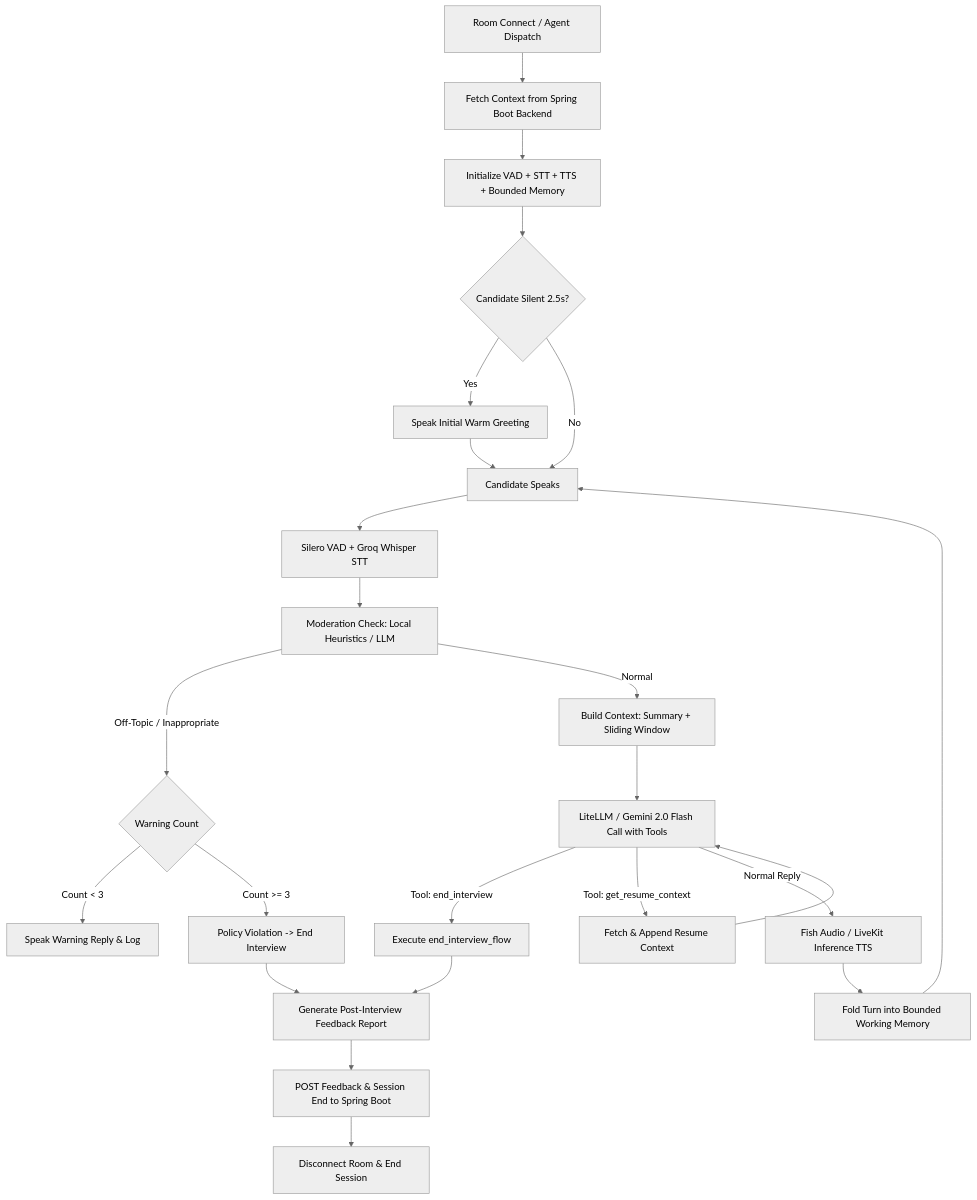
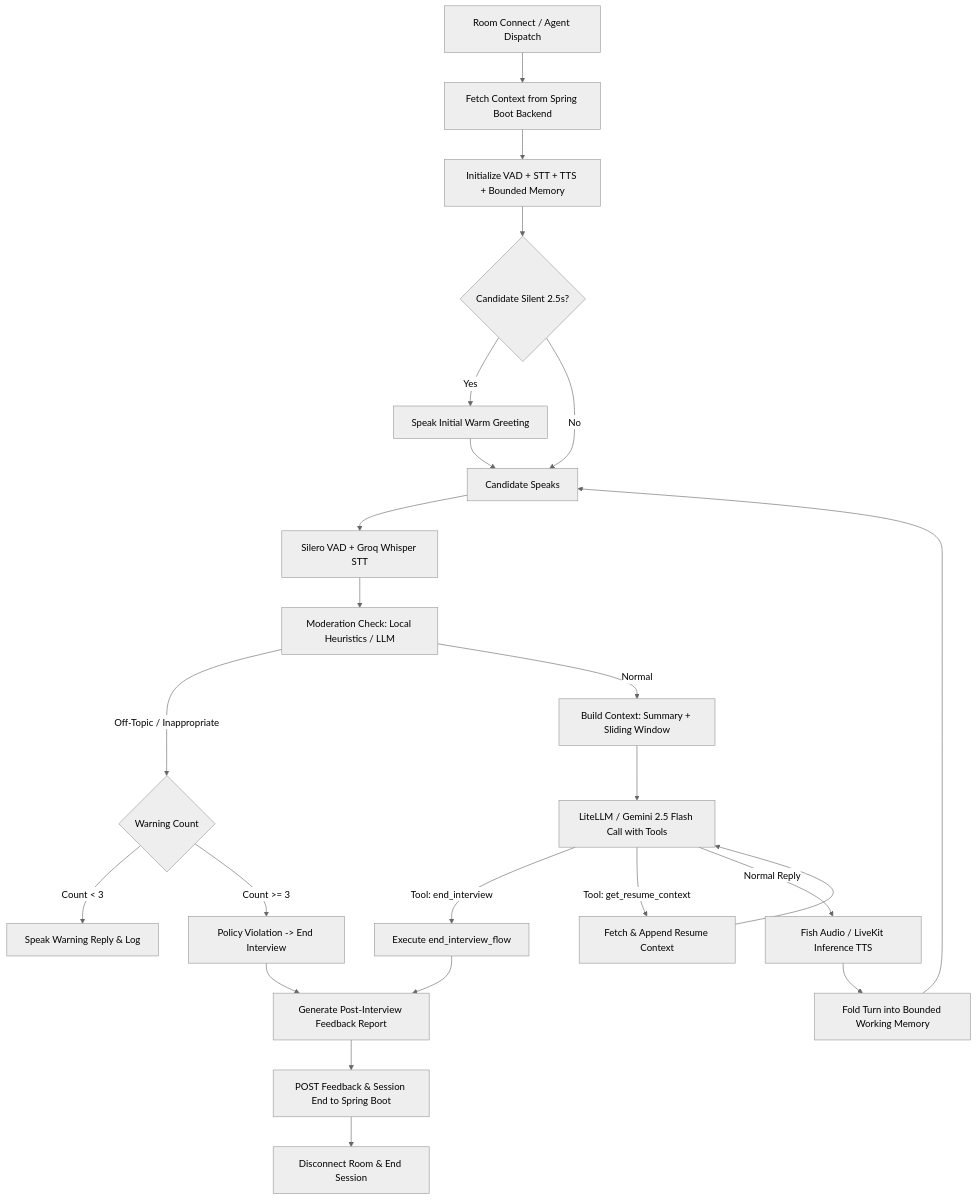
One commit to TechTAnish-07/InterviewAgent changed the first of 2 diagrams in README.md. Above: the diagram before and after it, drawn with Mermaid (neutral theme). The commit also changed other lines of this file and 9 other files, not shown here.

````diff
--- a/README.md
+++ b/README.md
@@ -21,31 +21,31 @@
 ```mermaid
 flowchart TD
     A[Room Connect / Agent Dispatch] --> B[Fetch Context from Spring Boot Backend]
     B --> C[Initialize VAD + STT + TTS + Bounded Memory]
     C --> D{Candidate Silent 2.5s?}
     D -- Yes --> E[Speak Initial Warm Greeting]
     D -- No --> F[Candidate Speaks]
     E --> F
     
     F --> G[Silero VAD + Groq Whisper STT]
     G --> H[Moderation Check: Local Heuristics / LLM]
     
     H -- Off-Topic / Inappropriate --> I{Warning Count}
     I -- Count < 3 --> J[Speak Warning Reply & Log]
     I -- Count >= 3 --> K[Policy Violation -> End Interview]
     
     H -- Normal --> L[Build Context: Summary + Sliding Window]
-    L --> M[LiteLLM / Gemini 2.0 Flash Call with Tools]
+    L --> M[LiteLLM / Gemini 2.5 Flash Call with Tools]
     
     M -- Tool: end_interview --> N[Execute end_interview_flow]
     M -- Tool: get_resume_context --> O[Fetch & Append Resume Context] --> M
     M -- Normal Reply --> P[Fish Audio / LiveKit Inference TTS]
     
     P --> Q[Fold Turn into Bounded Working Memory]
     Q --> F
     
     N --> R[Generate Post-Interview Feedback Report]
     K --> R
     R --> S[POST Feedback & Session End to Spring Boot]
     S --> T[Disconnect Room & End Session]
 ```
````
